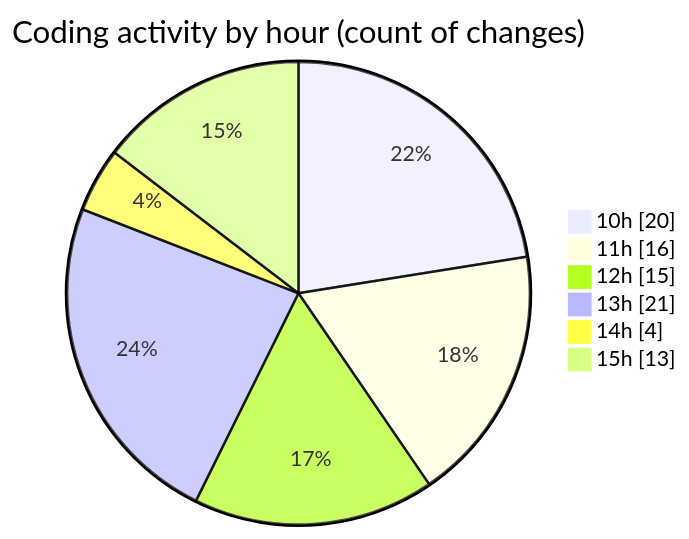
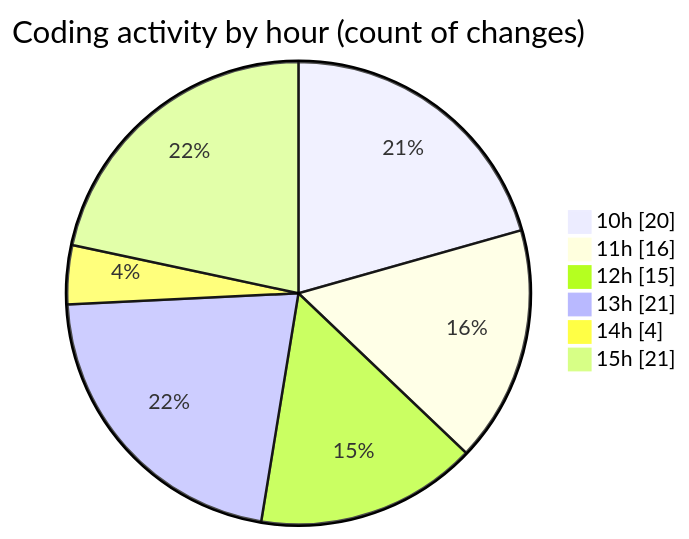
Before and after one commit to momahboobian/code-tracking: the second of 2 diagrams in 2025-07-28/cda/README.md, drawn with Mermaid. The commit also changed other lines of this file and 1 other file, not shown here.

````diff
--- a/2025-07-28/cda/README.md
+++ b/2025-07-28/cda/README.md
@@ -44,10 +45,10 @@
 ```mermaid
 pie showData
 title Coding activity by hour (count of changes)
 "10h" : 20
 "11h" : 16
 "12h" : 15
 "13h" : 21
 "14h" : 4
-"15h" : 13
+"15h" : 21
 ```
````
